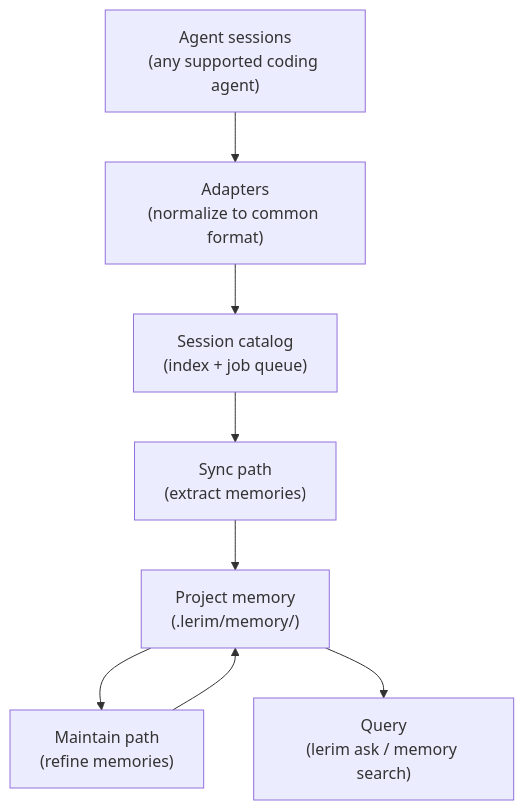
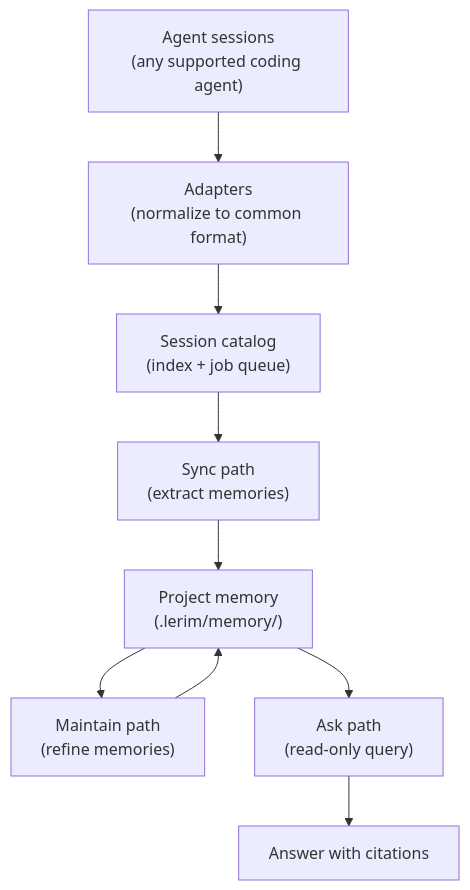
One commit to lerim-dev/lerim-cli changed the first of 3 diagrams in docs/concepts/how-it-works.md. Above: the diagram before and after it, drawn with Mermaid. The commit also changed other lines of this file and 201 other files, not shown here.

````diff
--- a/docs/concepts/how-it-works.md
+++ b/docs/concepts/how-it-works.md
@@ -43,10 +44,11 @@
 ```mermaid
 flowchart TD
     A["Agent sessions\n(any supported coding agent)"] --> B["Adapters\n(normalize to common format)"]
     B --> C["Session catalog\n(index + job queue)"]
     C --> D["Sync path\n(extract memories)"]
     D --> E["Project memory\n(.lerim/memory/)"]
     E --> F["Maintain path\n(refine memories)"]
     F --> E
-    E --> G["Query\n(lerim ask / memory search)"]
+    E --> G["Ask path\n(read-only query)"]
+    G --> H["Answer with citations"]
 ```
````
